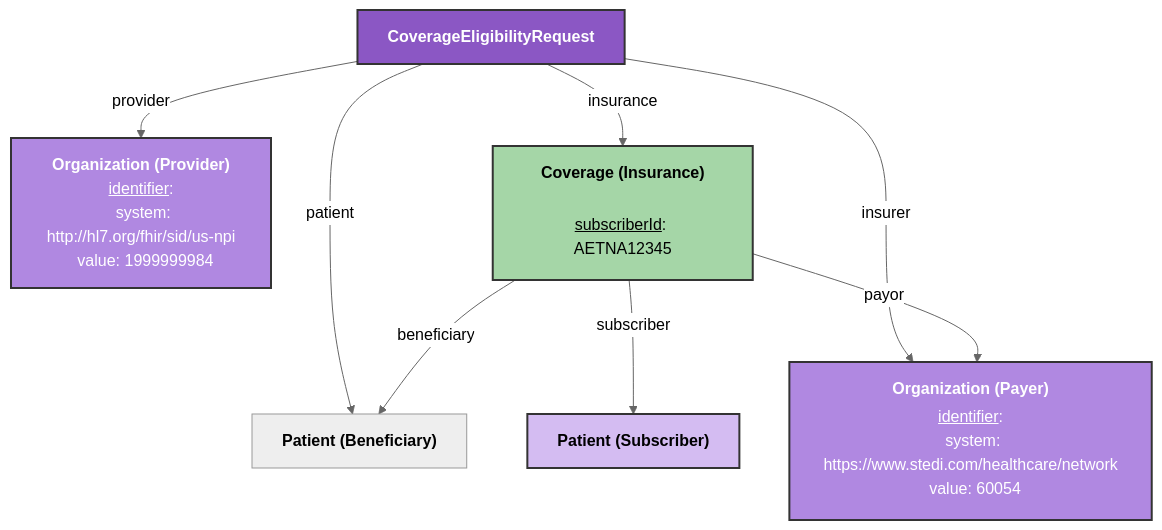
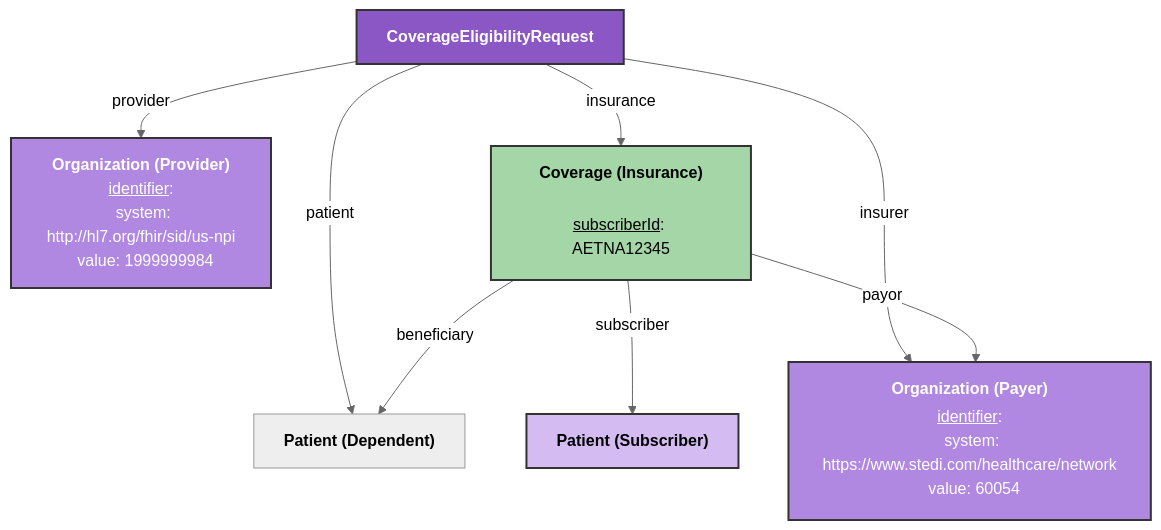
The third of 3 diagrams in packages/docs/docs/integration/stedi/eligibility-checks.md (medplum/medplum), drawn with Mermaid (neutral theme) before and after one commit. The commit also changed other lines of this file, not shown here.

````diff
--- a/packages/docs/docs/integration/stedi/eligibility-checks.md
+++ b/packages/docs/docs/integration/stedi/eligibility-checks.md
@@ -173,33 +643,33 @@
 ```mermaid
 flowchart TD
     CER["<div style='text-align: center;'><strong>CoverageEligibilityRequest</strong></div>"]
 
     ProviderOrg["<div style='text-align: center;'><strong>Organization (Provider)</strong></div><u>identifier</u>:<br>  system: http://hl7.org/fhir/sid/us-npi<br>  value: 1999999984"]
 
     Patient["<div style='text-align: center;'><strong>Patient (Subscriber)</strong></div>"]
 
-    Patient2["<div style='text-align: center;'><strong>Patient (Beneficiary)</strong></div>"]
+    Patient2["<div style='text-align: center;'><strong>Patient (Dependent)</strong></div>"]
 
     Coverage["<div style='text-align: center;'><strong>Coverage (Insurance)</strong></div> <div style='border: 1px solid #333; padding: 4px; margin: 4px;'><u>subscriberId</u>: AETNA12345<br>"]
 
     PayerOrg["<div style='text-align: center;'><strong>Organization (Payer)</strong></div><div style='border: 1px solid #333; padding: 4px; margin: 4px;'><u>identifier</u>:<br>  system: https://www.stedi.com/healthcare/network<br>  value: 60054</div>"]
 
     CER -->|provider| ProviderOrg
     CER -->|patient| Patient2
     CER -->|insurance| Coverage
     CER -->|insurer| PayerOrg
 
     Coverage -->|subscriber| Patient
     Coverage -->|beneficiary| Patient2
     Coverage -->|payor| PayerOrg
 
     classDef request fill:#8B57C4,stroke:#333,stroke-width:2px,color:#fff
     classDef organization fill:#B088E1,stroke:#333,stroke-width:2px,color:#fff
     classDef patient fill:#D4BCF2,stroke:#333,stroke-width:2px
     classDef coverage fill:#A5D6A7,stroke:#333,stroke-width:2px
 
     class CER request
     class PayerOrg,ProviderOrg organization
     class Patient patient
     class Coverage coverage
 ```
````
